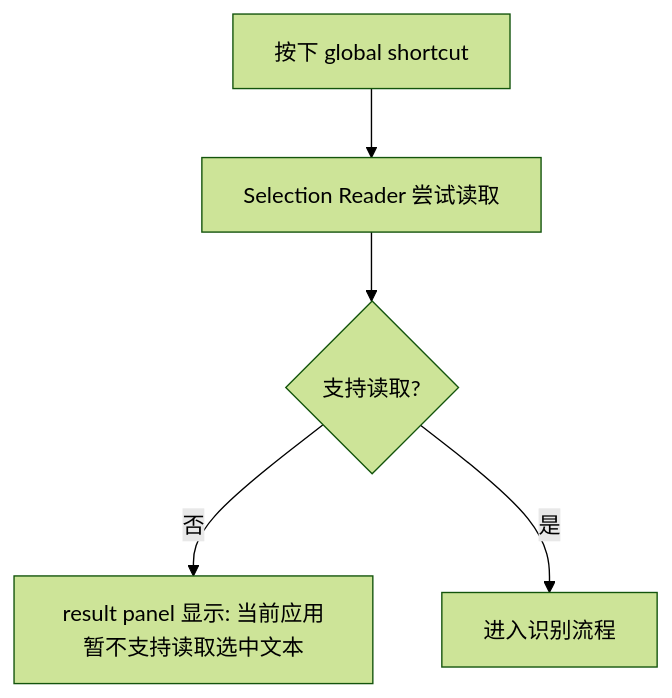
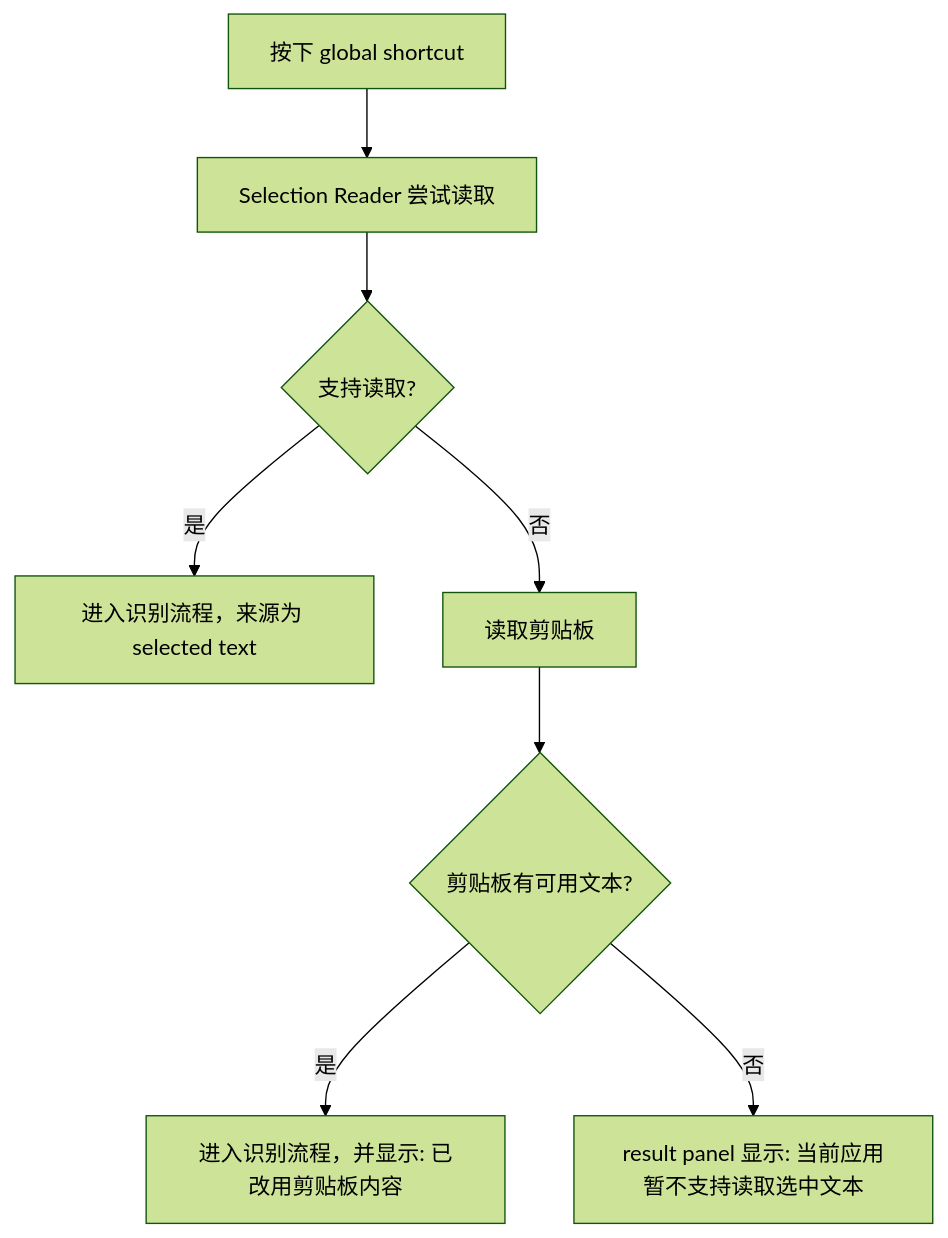
The fourth of 6 diagrams in docs/interaction/mac-text-actions-interaction-flow.md (SaneHe/mac-tools), drawn with Mermaid (forest theme) before and after one commit. The commit also changed other lines of this file and 13 other files, not shown here.

````diff
--- a/docs/interaction/mac-text-actions-interaction-flow.md
+++ b/docs/interaction/mac-text-actions-interaction-flow.md
@@ -54,7 +69,10 @@
 ```mermaid
 flowchart TD
     A["按下 global shortcut"] --> B["Selection Reader 尝试读取"]
     B --> C{"支持读取?"}
-    C -- "否" --> D["result panel 显示: 当前应用暂不支持读取选中文本"]
-    C -- "是" --> E["进入识别流程"]
+    C -- "是" --> D["进入识别流程，来源为 selected text"]
+    C -- "否" --> E["读取剪贴板"]
+    E --> F{"剪贴板有可用文本?"}
+    F -- "是" --> G["进入识别流程，并显示: 已改用剪贴板内容"]
+    F -- "否" --> H["result panel 显示: 当前应用暂不支持读取选中文本"]
 ```
````
